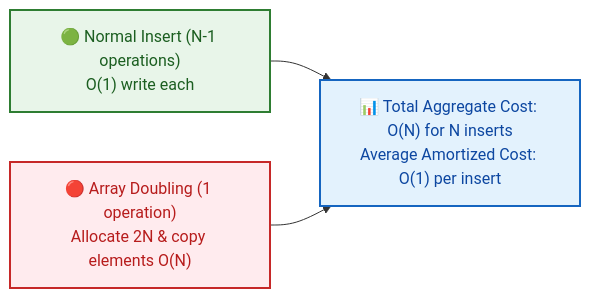
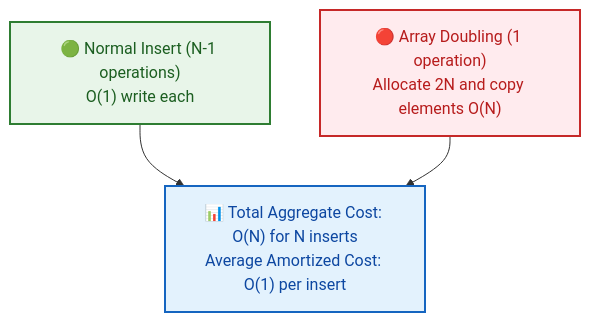
Before and after one commit to dip4k/DSA_102: the first of 5 diagrams in week_02_foundations_ii_linear_data_structures/Week_02_Visual_Concepts_Playbook_HYBRID.md, drawn with Mermaid. The commit also changed other lines of this file and 191 other files, not shown here.

````diff
--- a/week_02_foundations_ii_linear_data_structures/Week_02_Visual_Concepts_Playbook_HYBRID.md
+++ b/week_02_foundations_ii_linear_data_structures/Week_02_Visual_Concepts_Playbook_HYBRID.md
@@ -149,13 +133,13 @@
 ```mermaid
-flowchart LR
+flowchart TD
     classDef cheap fill:#e8f5e9,stroke:#2e7d32,stroke-width:2px,color:#1b5e20
     classDef resize fill:#ffebee,stroke:#c62828,stroke-width:2px,color:#b71c1c
     classDef total fill:#e3f2fd,stroke:#1565c0,stroke-width:2px,color:#0d47a1
 
     N1["🟢 Normal Insert (N-1 operations)<br/>O(1) write each"]:::cheap
-    N2["🔴 Array Doubling (1 operation)<br/>Allocate 2N & copy elements O(N)"]:::resize
+    N2["🔴 Array Doubling (1 operation)<br/>Allocate 2N and copy elements O(N)"]:::resize
     TOT["📊 Total Aggregate Cost: O(N) for N inserts<br/>Average Amortized Cost: O(1) per insert"]:::total
 
     N1 --> TOT
     N2 --> TOT
 ```
````
